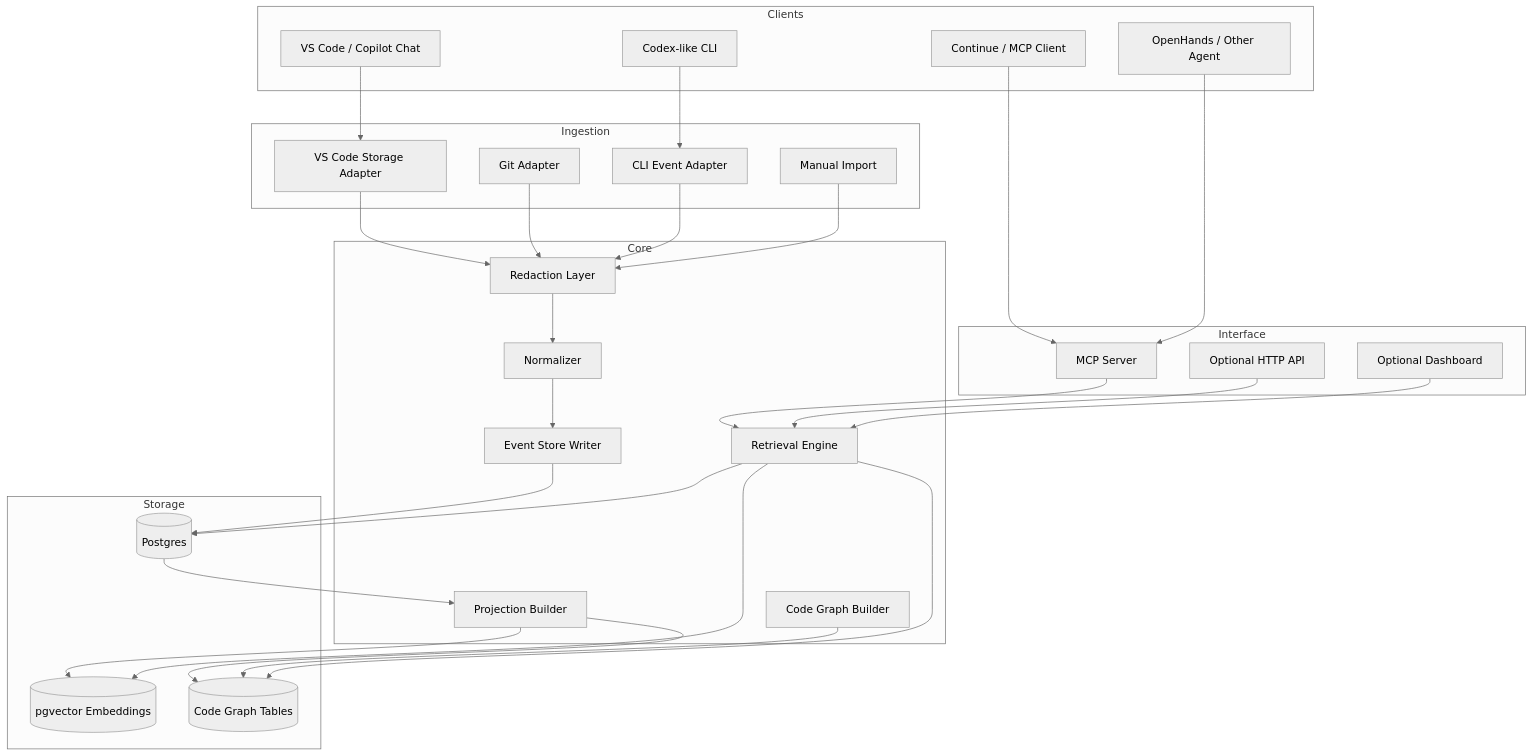
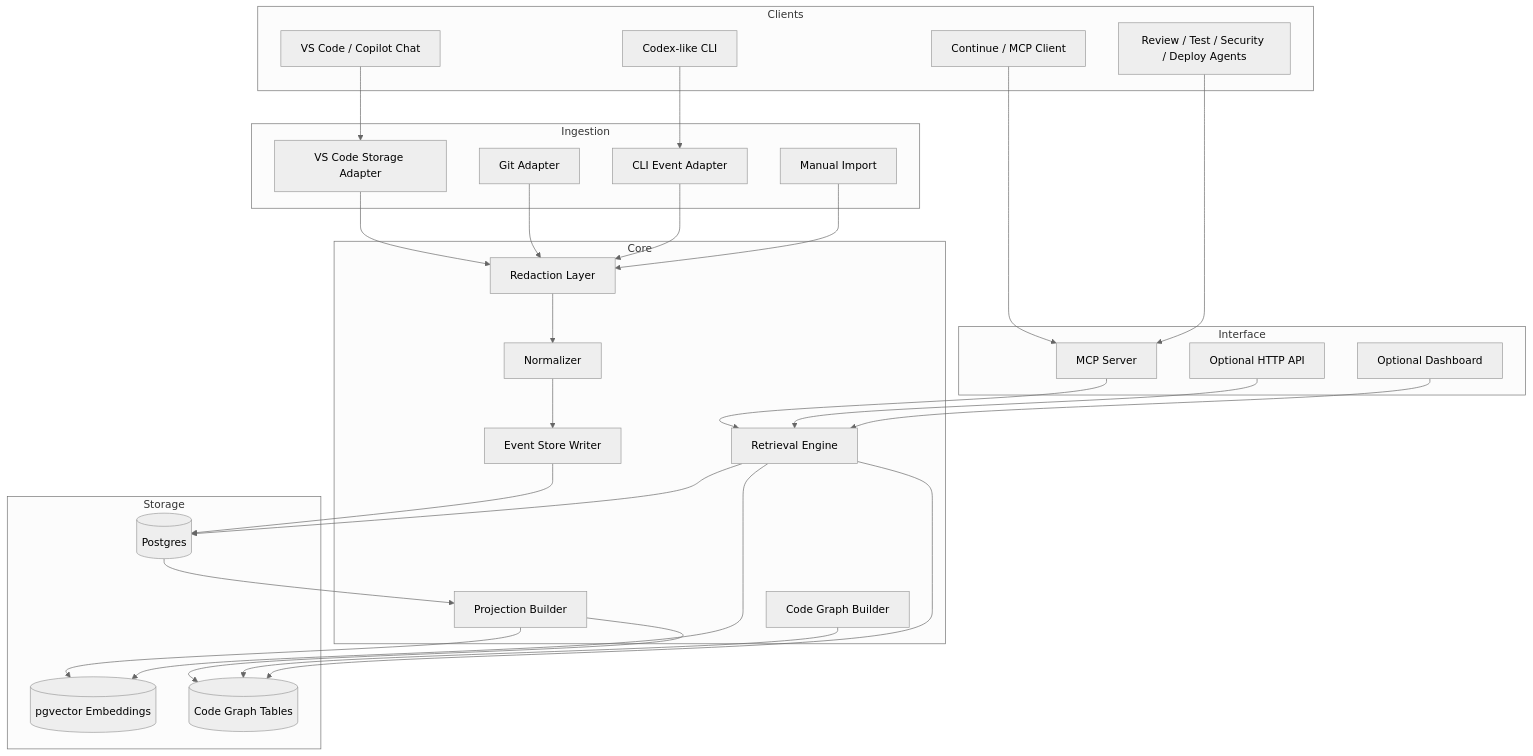
The diagram in docs/architecture.md (geondongkim/geond-agent-protocol), drawn with Mermaid (neutral theme) before and after one commit. The commit also changed other lines of this file and 7 other files, not shown here.

````diff
--- a/docs/architecture.md
+++ b/docs/architecture.md
@@ -23,59 +23,59 @@
 ```mermaid
 flowchart TB
     subgraph Clients
         V[VS Code / Copilot Chat]
         X[Codex-like CLI]
         C[Continue / MCP Client]
-        O[OpenHands / Other Agent]
+        O[Review / Test / Security / Deploy Agents]
     end
 
     subgraph Ingestion
         A1[VS Code Storage Adapter]
         A2[Git Adapter]
         A3[CLI Event Adapter]
         A4[Manual Import]
     end
 
     subgraph Core
         N[Normalizer]
         R[Redaction Layer]
         E[Event Store Writer]
         P[Projection Builder]
         G[Code Graph Builder]
         Q[Retrieval Engine]
     end
 
     subgraph Storage
         DB[(Postgres)]
         PV[(pgvector Embeddings)]
         CG[(Code Graph Tables)]
     end
 
     subgraph Interface
         MCP[MCP Server]
         API[Optional HTTP API]
         UI[Optional Dashboard]
     end
 
     V --> A1
     X --> A3
     C --> MCP
     O --> MCP
     A1 --> R
     A2 --> R
     A3 --> R
     A4 --> R
     R --> N
     N --> E
     E --> DB
     DB --> P
     P --> PV
     P --> CG
     G --> CG
     MCP --> Q
     API --> Q
     UI --> Q
     Q --> DB
     Q --> PV
     Q --> CG
 ```
````
